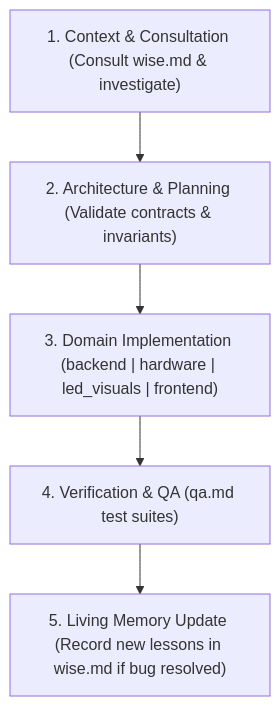
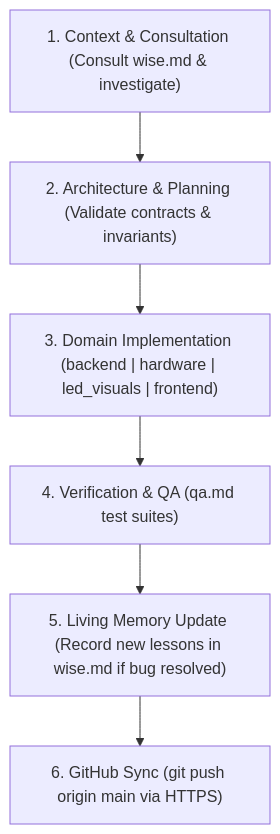
The diagram in AGENTS.md (Niorb/Smart-Chess-Board), drawn with Mermaid before and after one commit. The commit also changed other lines of this file, not shown here.

Commit message:
docs(agents): explicitly enforce mandatory GitHub push on completion of every task

````diff
--- a/AGENTS.md
+++ b/AGENTS.md
@@ -39,7 +45,8 @@
 ```mermaid
 graph TD
     A["1. Context & Consultation (Consult wise.md & investigate)"] --> B["2. Architecture & Planning (Validate contracts & invariants)"]
     B --> C["3. Domain Implementation (backend | hardware | led_visuals | frontend)"]
     C --> D["4. Verification & QA (qa.md test suites)"]
     D --> E["5. Living Memory Update (Record new lessons in wise.md if bug resolved)"]
+    E --> F["6. GitHub Sync (git push origin main via HTTPS)"]
 ```
````
